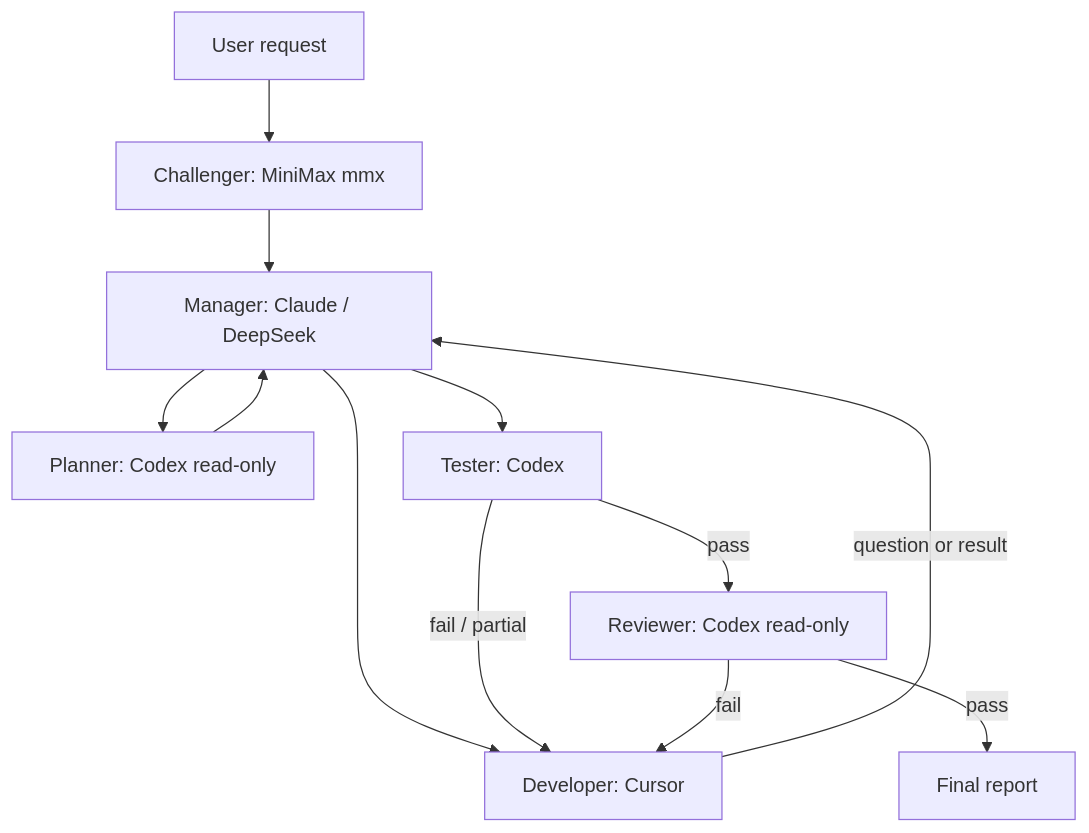
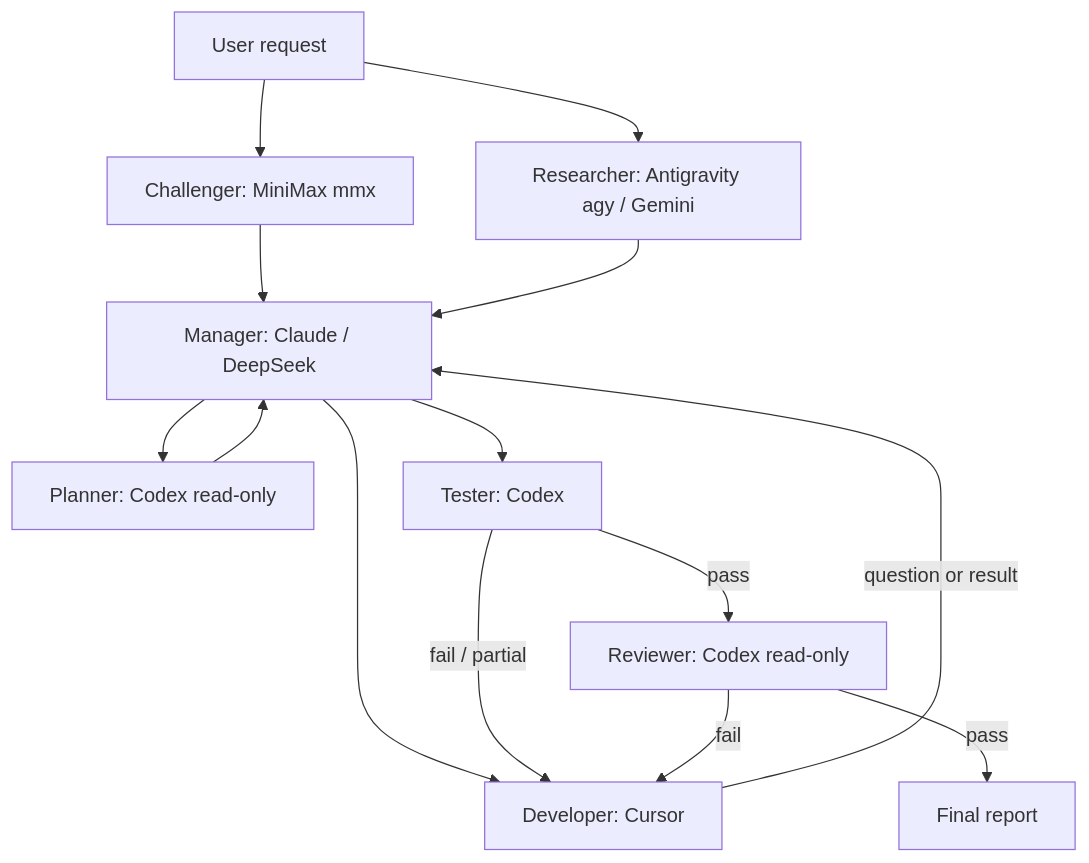
One commit to rambo586/autoagent changed the diagram in docs/ARCHITECTURE.md. Above: the diagram before and after it, drawn with Mermaid. The commit also changed other lines of this file and 7 other files, not shown here.

````diff
--- a/docs/ARCHITECTURE.md
+++ b/docs/ARCHITECTURE.md
@@ -5,14 +5,16 @@
 ```mermaid
 flowchart TD
     U[User request] --> X[Challenger: MiniMax mmx]
+    U --> G[Researcher: Antigravity agy / Gemini]
     X --> M[Manager: Claude / DeepSeek]
+    G --> M
     M --> P[Planner: Codex read-only]
     P --> M
     M --> D[Developer: Cursor]
     D -->|question or result| M
     M --> T[Tester: Codex]
     T -->|fail / partial| D
     T -->|pass| R[Reviewer: Codex read-only]
     R -->|fail| D
     R -->|pass| F[Final report]
 ```
````
